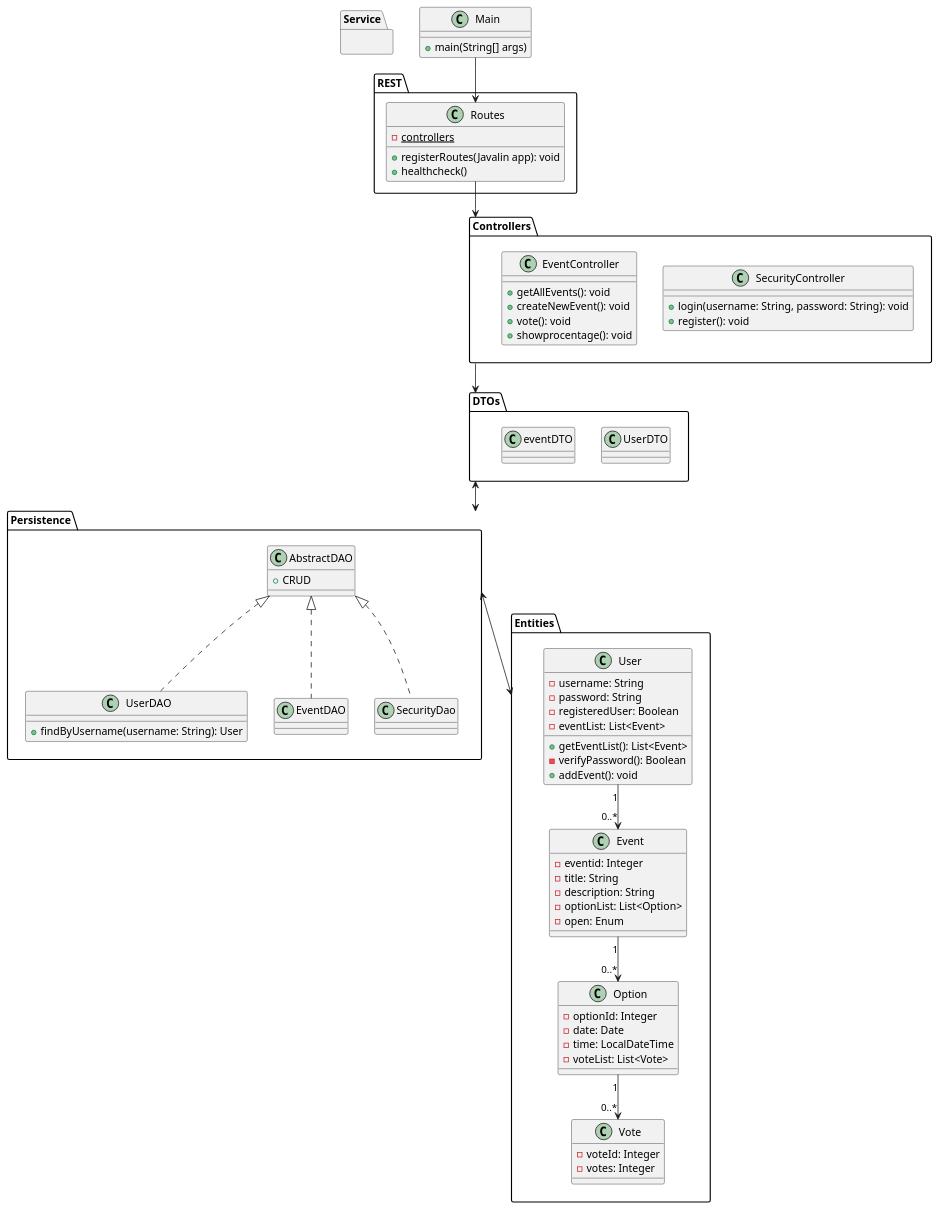
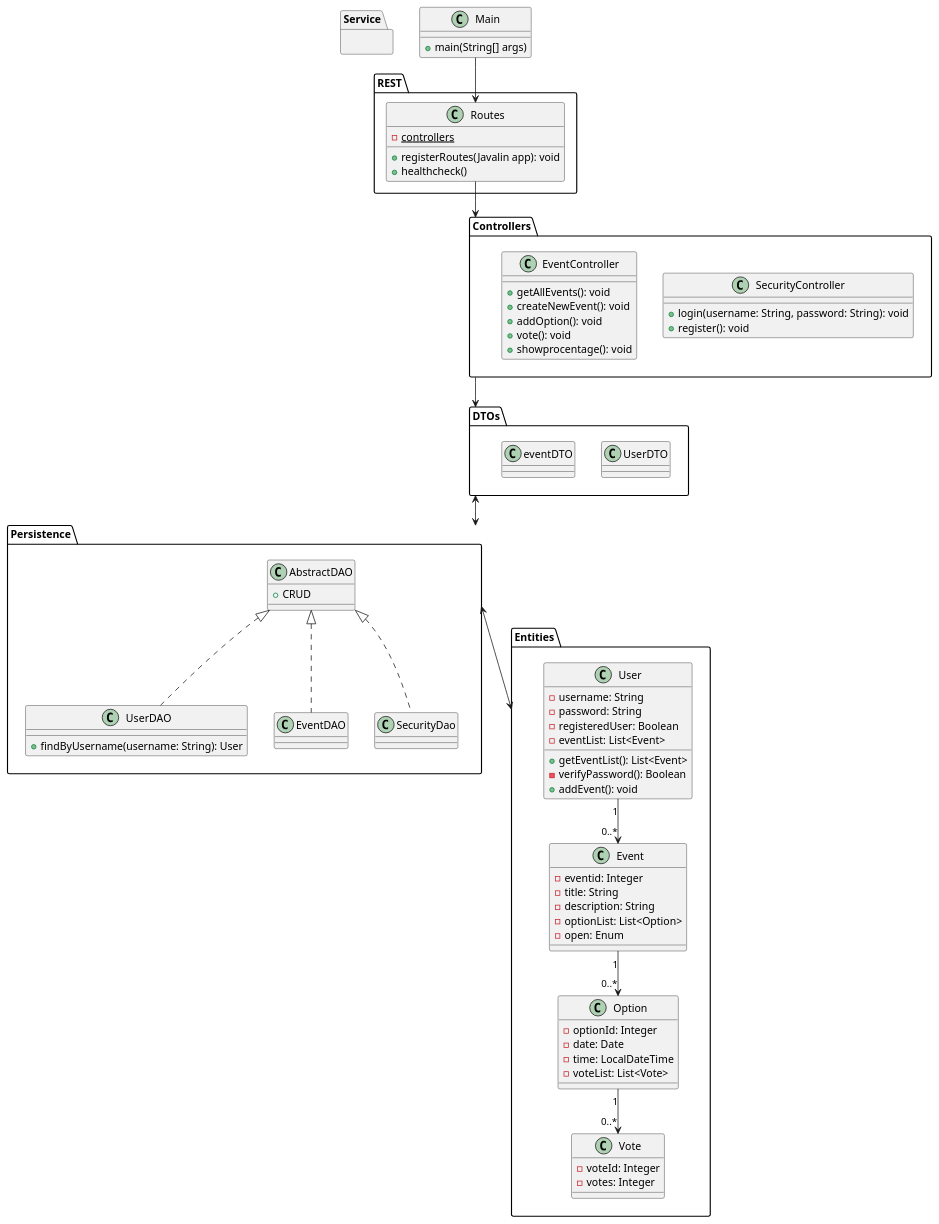
The diagram in src/docs/class diagram.puml (mrPrimeBeef/CalGymAPI), drawn with PlantUML before and after one commit. The commit also changed 6 other files, not shown here.

```diff
--- a/src/docs/class diagram.puml
+++ b/src/docs/class diagram.puml
@@ -1,114 +1,115 @@
 @startuml
 
 package Entities {
 ' =======================
 ' MODEL (JPA Entities)
 ' =======================
 class User {
   - username: String
   - password: String
   - registeredUser: Boolean
   - eventList: List<Event>
   + getEventList(): List<Event>
   - verifyPassword(): Boolean
   + addEvent(): void
 }
 
 class Option {
   - optionId: Integer
   - date: Date
   - time: LocalDateTime
   - voteList: List<Vote>
 }
 
 class Event {
   - eventid: Integer
   - title: String
   - description: String
   - optionList: List<Option>
   - open: Enum
 }
 
 class Vote {
   - voteId: Integer
   - votes: Integer
 }
 }
 
 ' =======================
 ' MODEL (DTOs)
 ' =======================
 
 package DTOs {
 
 class UserDTO{}
 class eventDTO{}
 }
 
 ' =======================
 ' REPOSITORIES (JPA)
 ' =======================
 package Persistence {
 class AbstractDAO{
  + CRUD
 }
 class UserDAO implements AbstractDAO {
   + findByUsername(username: String): User
 }
 class EventDAO implements AbstractDAO  {
 }
 
 class SecurityDao implements AbstractDAO {
 }
 }
 
 ' =======================
 ' SERVICES
 ' =======================
 package Service  {
 
 }
 ' =======================
 ' CONTROLLERS (MVC)
 ' =======================
 package Controllers{
 class SecurityController {
   + login(username: String, password: String): void
   + register(): void
 }
 class EventController {
  + getAllEvents(): void
  + createNewEvent(): void
+ + addOption(): void
  + vote(): void
  + showprocentage(): void
 }
 }
 
 ' =======================
 ' REST
 ' =======================
 package REST{
 class Routes{
  - {static} controllers
  + registerRoutes(Javalin app): void
  + healthcheck()
 }
 }
 class Main{
 + main(String[] args)
 }
 
 ' =======================
 ' RELATIONSHIPS
 ' =======================
 User "1" --> "0..*" Event
 Event "1" --> "0..*" Option
 Option "1" --> "0..*" Vote
 
 Main --> Routes
 Routes --> Controllers
 Controllers --> DTOs
 DTOs <--> Persistence
 Persistence <--> Entities
 
 @enduml
```
